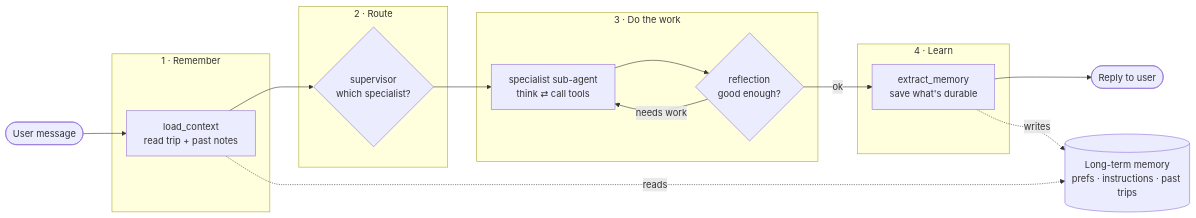
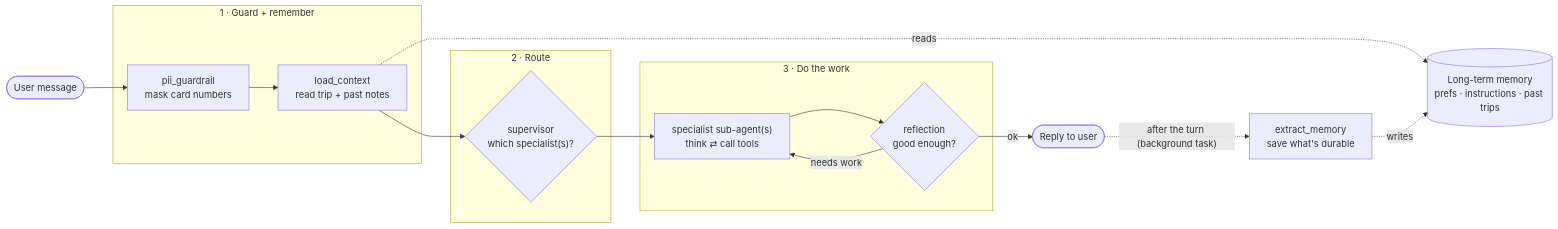
Before and after one commit to minhtran3124/travel-pi: the first of 5 diagrams in WORKFLOW_DIAGRAM.md, drawn with Mermaid. The commit also changed other lines of this file and 11 other files, not shown here.

````diff
--- a/WORKFLOW_DIAGRAM.md
+++ b/WORKFLOW_DIAGRAM.md
@@ -15,29 +15,28 @@
 ```mermaid
 flowchart LR
-    User([User message]) --> Load
+    User(["User message"]) --> Guard
 
-    subgraph Read["1 · Remember"]
+    subgraph Read["1 · Guard + remember"]
+        Guard["pii_guardrail<br/>mask card numbers"]
         Load["load_context<br/>read trip + past notes"]
+        Guard --> Load
     end
 
     subgraph Route["2 · Route"]
-        Sup{"supervisor<br/>which specialist?"}
+        Sup{"supervisor<br/>which specialist(s)?"}
     end
 
     subgraph Work["3 · Do the work"]
-        Agent["specialist sub-agent<br/>think ⇄ call tools"]
+        Agent["specialist sub-agent(s)<br/>think ⇄ call tools"]
         Refl{"reflection<br/>good enough?"}
-    end
-
-    subgraph Write["4 · Learn"]
-        Ext["extract_memory<br/>save what's durable"]
     end
 
     Load --> Sup --> Agent --> Refl
     Refl -->|"needs work"| Agent
-    Refl -->|"ok"| Ext
-    Ext --> Reply([Reply to user])
+    Refl -->|"ok"| Reply(["Reply to user"])
+
+    Reply -. "after the turn (background task)" .-> Ext["extract_memory<br/>save what's durable"]
 
     Load -. reads .-> Store[("Long-term memory<br/>prefs · instructions · past trips")]
     Ext  -. writes .-> Store
 ```
````
